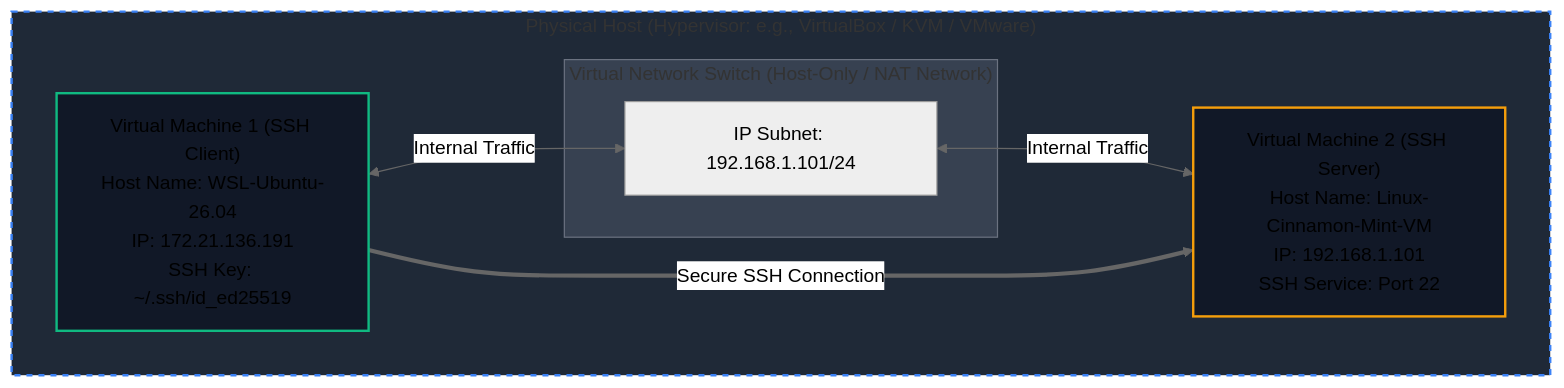
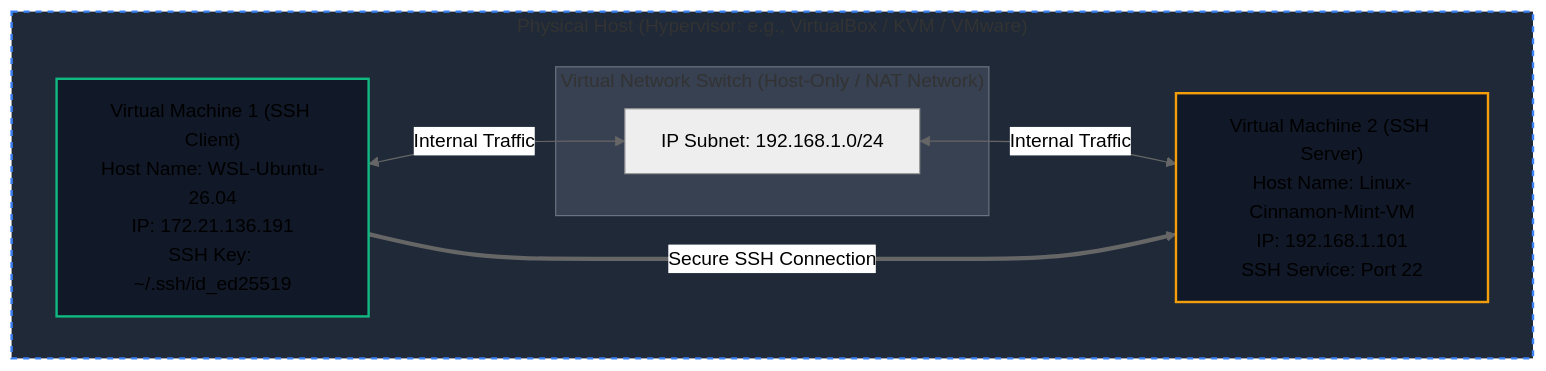
One commit to tcharboneau/linux-ssh-lab changed the diagram in README.md. Above: the diagram before and after it, drawn with Mermaid (neutral theme).

Commit message:
Update IP subnet in README.md

````diff
--- a/README.md
+++ b/README.md
@@ -22,22 +22,22 @@
 ```mermaid
 graph TD
     %% Styling
     style Host fill:#1f2937,stroke:#3b82f6,stroke-width:2px,stroke-dasharray: 5 5;
     style VM1 fill:#111827,stroke:#10b981,stroke-width:2px;
     style VM2 fill:#111827,stroke:#f59e0b,stroke-width:2px;
     style Switch fill:#374151,stroke:#6b7280,stroke-width:1px;
 
     subgraph Host ["Physical Host (Hypervisor: e.g., VirtualBox / KVM / VMware)"]
         subgraph Switch ["Virtual Network Switch (Host-Only / NAT Network)"]
-            Net[IP Subnet: 192.168.1.101/24]
+            Net[IP Subnet: 192.168.1.0/24]
         end
 
         VM1["Virtual Machine 1 (SSH Client)<br/>Host Name: WSL-Ubuntu-26.04<br/>IP: 172.21.136.191<br/>SSH Key: ~/.ssh/id_ed25519"]
         VM2["Virtual Machine 2 (SSH Server)<br/>Host Name: Linux-Cinnamon-Mint-VM<br/>IP: 192.168.1.101<br/>SSH Service: Port 22"]
     end
 
     %% Connections
     VM1 <-->|Internal Traffic| Net
     Net <-->|Internal Traffic| VM2
     VM1 ==>|Secure SSH Connection| VM2
 ```
````
